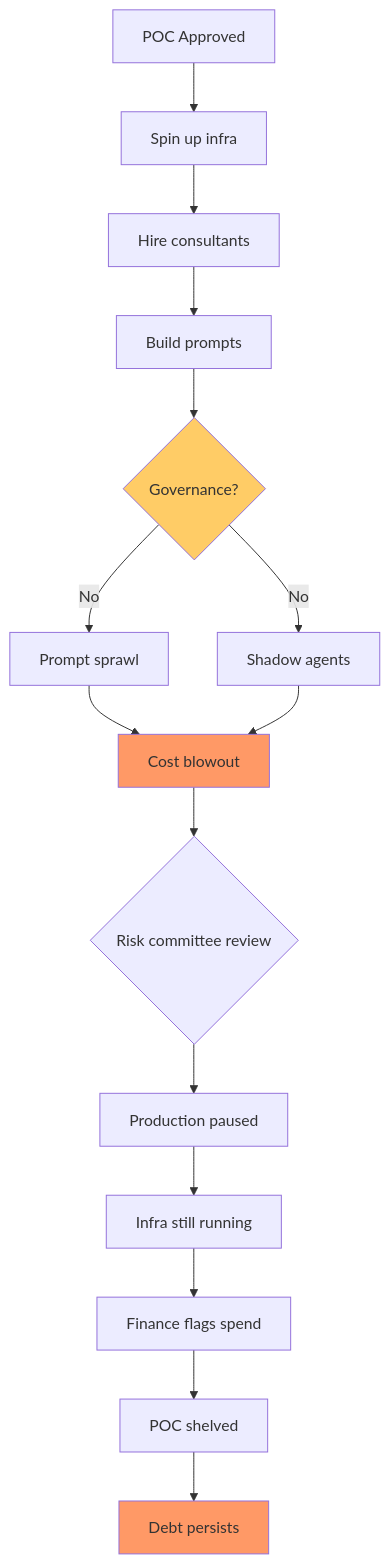
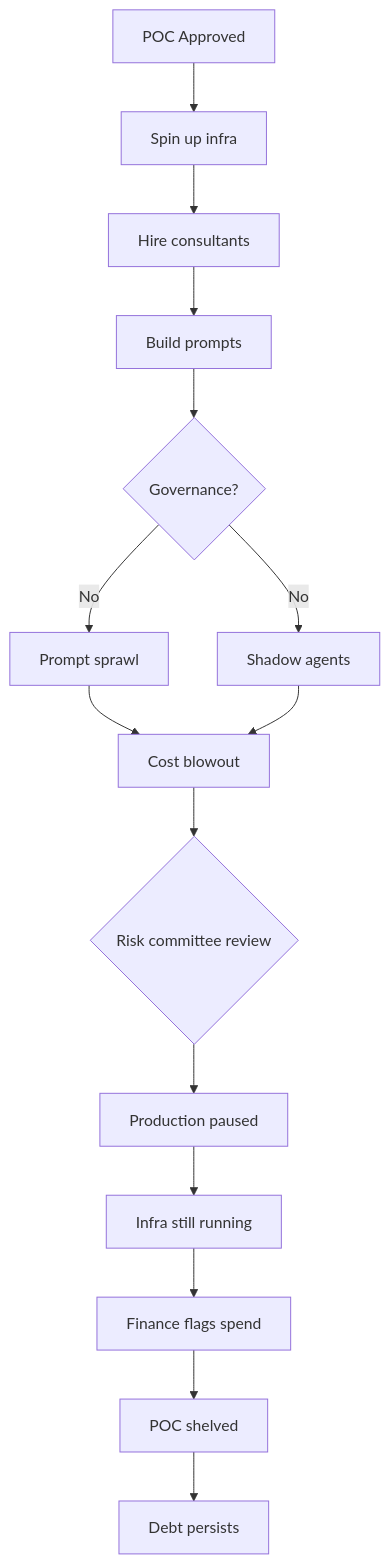
One commit to TarrySingh/tarrysingh-com changed the diagram in content/blog/the-500-million-bill-nobody-anticipated-when-ai.mdx. Above: the diagram before and after it, drawn with Mermaid. The commit also changed other lines of this file and 115 other files, not shown here.

````diff
--- a/content/blog/the-500-million-bill-nobody-anticipated-when-ai.mdx
+++ b/content/blog/the-500-million-bill-nobody-anticipated-when-ai.mdx
@@ -63,21 +63,18 @@
 ```mermaid
 flowchart TD
     A[POC Approved] --> B[Spin up infra]
     B --> C[Hire consultants]
     C --> D[Build prompts]
     D --> E{Governance?}
     E -->|No| F[Prompt sprawl]
     E -->|No| G[Shadow agents]
     F --> H[Cost blowout]
     G --> H
     H --> I{Risk committee review}
     I --> J[Production paused]
     J --> K[Infra still running]
     K --> L[Finance flags spend]
     L --> M[POC shelved]
     M --> N[Debt persists]
-    style H fill:#f96
-    style N fill:#f96
-    style E fill:#fc6
-%% Most POCs skip governance, accumulate infrastructure and integration debt, blow the budget, and get shelved—but the infrastructure keeps billing and the technical debt persists.
+%% Most POCs skip governance, accumulate infrastructure and integration debt, blow the budget, and get shelved, but the infrastructure keeps billing and the technical debt persists.
 ```
````
